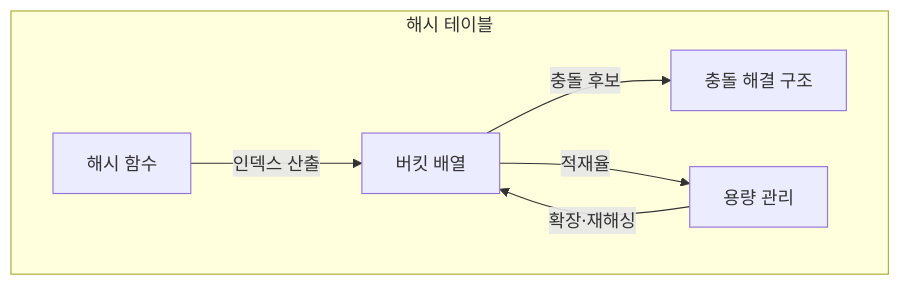
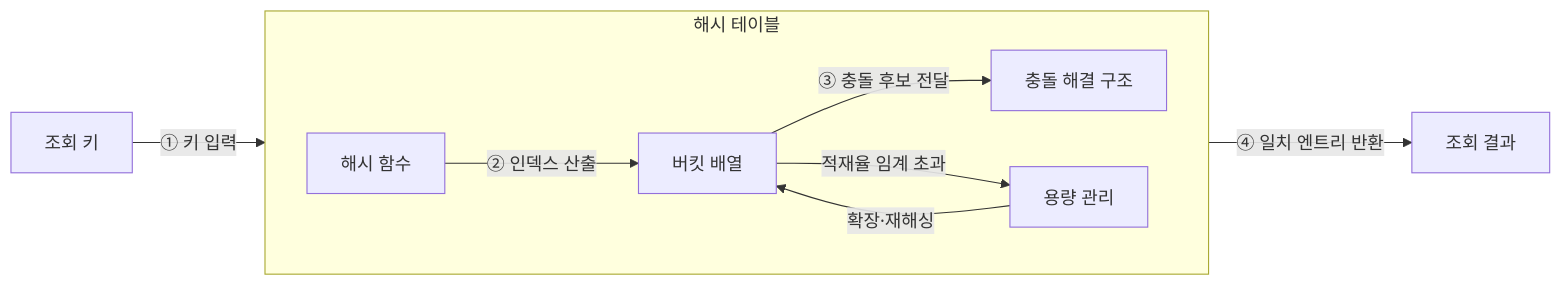
Before and after one commit to agnusdei1207/knowledge-base: the diagram in src/content/docs/notes/01-basic-theory/005_hash_table.md, drawn with Mermaid. The commit also changed other lines of this file and 2 other files, not shown here.

````diff
--- a/src/content/docs/notes/01-basic-theory/005_hash_table.md
+++ b/src/content/docs/notes/01-basic-theory/005_hash_table.md
@@ -62,10 +60,14 @@
 ```mermaid
 flowchart LR
+    K[조회 키]
+    V[조회 결과]
     subgraph HT["해시 테이블"]
         direction LR
-        H["해시 함수"] -->|인덱스 산출| B[버킷 배열]
-        B -->|충돌 후보| C[충돌 해결 구조]
-        B -->|적재율| R[용량 관리]
+        H["해시 함수"] -->|② 인덱스 산출| B[버킷 배열]
+        B -->|③ 충돌 후보 전달| C[충돌 해결 구조]
+        B -->|적재율 임계 초과| R[용량 관리]
         R -->|확장·재해싱| B
     end
+    K -->|① 키 입력| H
+    C -->|④ 일치 엔트리 반환| V
 ```
````
